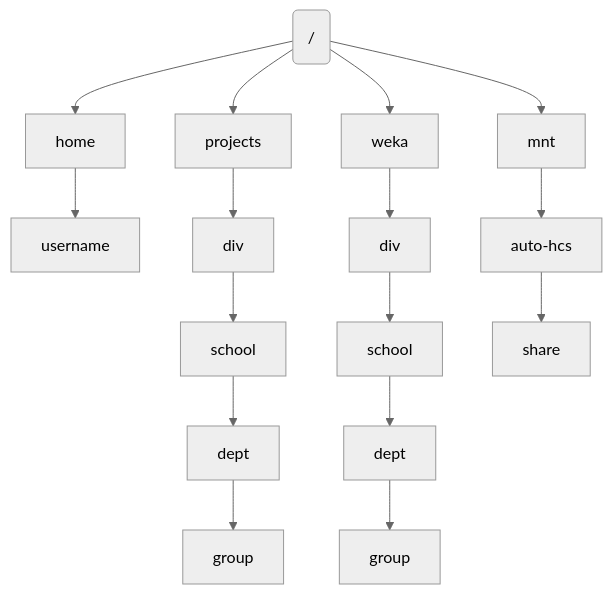
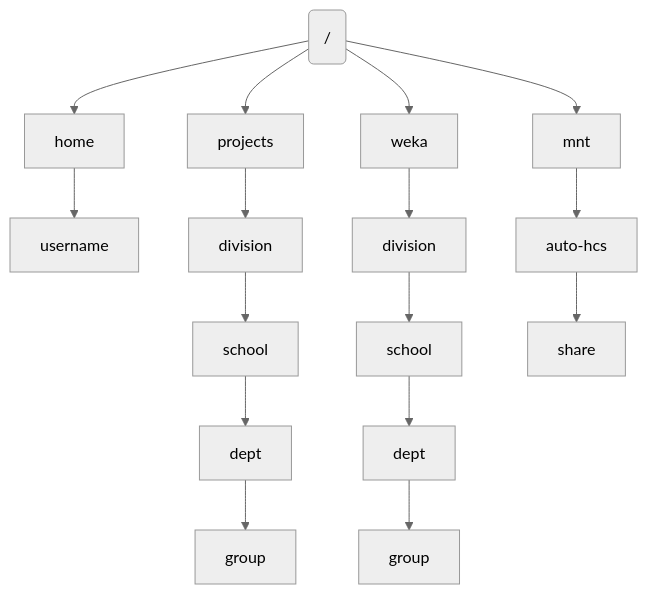
The diagram in docs/storage/storage_options.md (rtis-docs/research-cluster), drawn with Mermaid (neutral theme) before and after one commit. The commit also changed other lines of this file and 2 other files, not shown here.

Commit message:
overview fro WEKA

````diff
--- a/docs/storage/storage_options.md
+++ b/docs/storage/storage_options.md
@@ -12,22 +12,22 @@
 ```mermaid
 graph TD;
     root("/")
     root --> home
     home --> username
  
     root --> projects
-    projects --> div1[div]
+    projects --> div1[division]
     div1 --> school1[school]
     school1 --> dept1[dept]
     dept1 --> group1[group]
  
     root --> weka
-    weka --> div2[div]
+    weka --> div2[division]
     div2 --> school2[school]
     school2 --> dept2[dept]
     dept2 --> group2[group]
  
     root --> mnt
     mnt --> auto-hcs
     auto-hcs --> share
 ```
````
